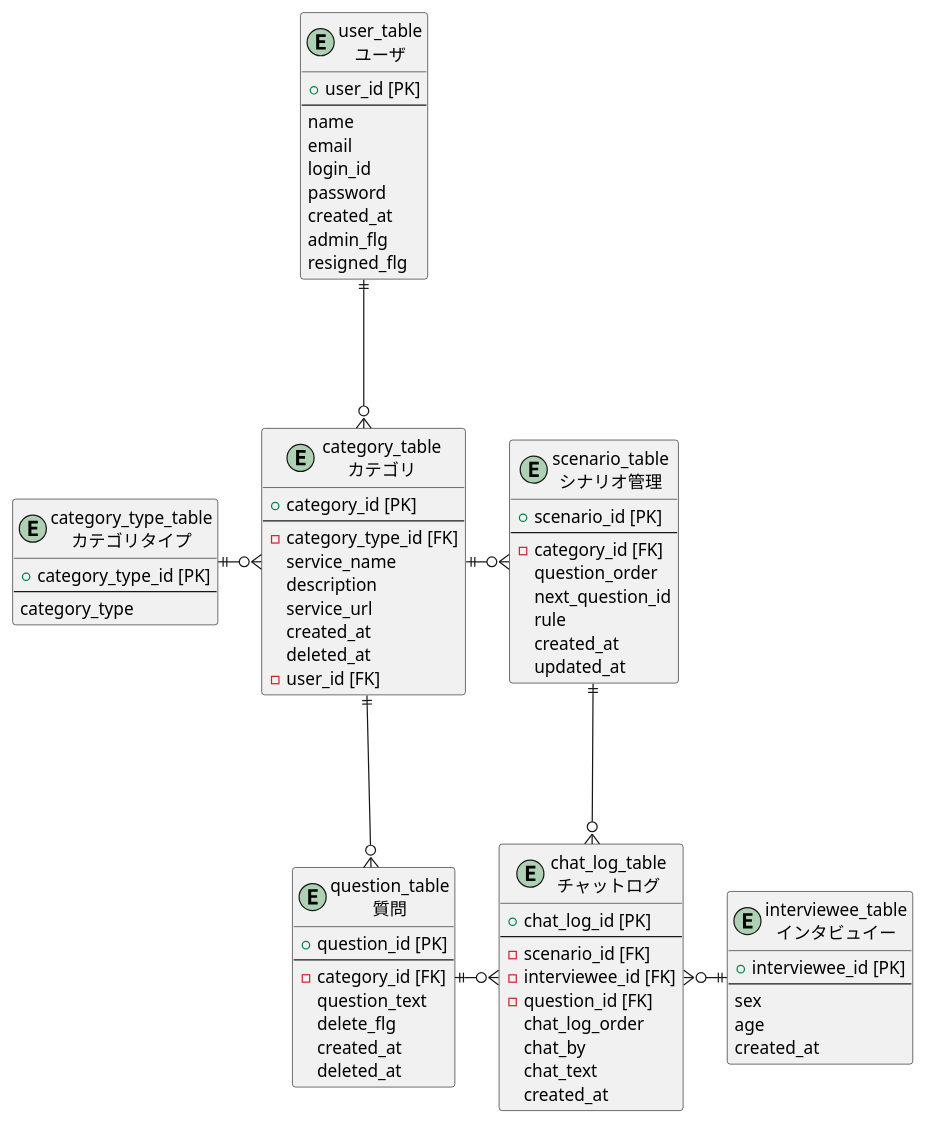
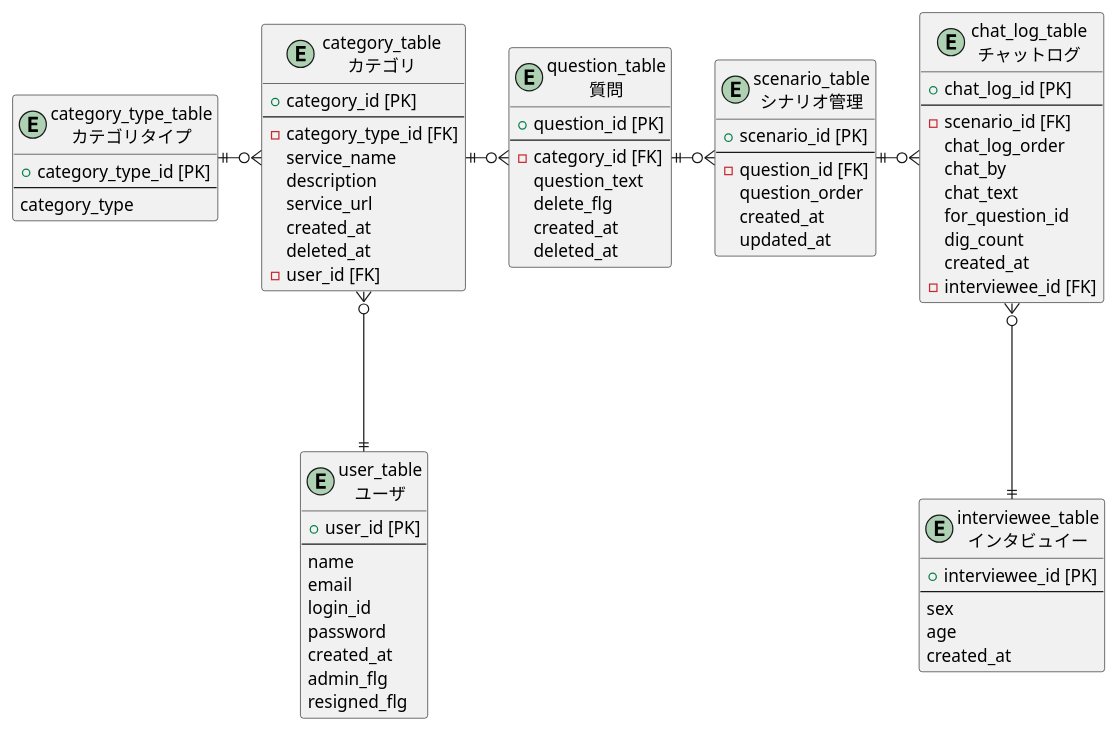
Before and after one commit to SuperMisoSoup/interviewtool_v1: the diagram in md/interviewtool_DB.pu, drawn with PlantUML. The commit also changed 8 other files, not shown here.

```diff
--- a/md/interviewtool_DB.pu
+++ b/md/interviewtool_DB.pu
@@ -1,81 +1,80 @@
 @startuml tables
 entity user_table as "user_table\nユーザ" {
   + user_id [PK]
   --
   name
   email
   login_id
   password
   created_at
   admin_flg
   resigned_flg
 }
 
 entity interviewee_table as "interviewee_table\nインタビュイー" {
   + interviewee_id [PK]
   --
   sex
   age
   created_at
 }
 
 entity category_table as "category_table\nカテゴリ" {
   + category_id [PK]
   --
   - category_type_id [FK]
   service_name
   description
   service_url
   created_at
   deleted_at
   - user_id [FK]
 }
 
 entity category_type_table as "category_type_table\nカテゴリタイプ" {
   + category_type_id [PK]
   --
   category_type
 }
 
 entity question_table as "question_table\n質問" {
   + question_id [PK]
   --
   - category_id [FK]
   question_text
   delete_flg
   created_at
   deleted_at
 }
 
 entity scenario_table as "scenario_table\nシナリオ管理" {
   + scenario_id [PK]
   --
-  - category_id [FK]
+  ' - category_id [FK]
+  - question_id [FK]
   question_order
-  next_question_id
-  rule
   created_at
   updated_at
 }
 
 entity chat_log_table as "chat_log_table\nチャットログ" {
   + chat_log_id [PK]
   --
   - scenario_id [FK]
-  - interviewee_id [FK]
-  - question_id [FK]
   chat_log_order
   chat_by
   chat_text
+  for_question_id
+  dig_count
   created_at
+  - interviewee_id [FK]
 }
 
-user_table ||-d--o{ category_table
+user_table ||-u--o{ category_table
 category_type_table ||-r--o{ category_table
-category_table ||-o{ scenario_table
-category_table ||-d--o{ question_table
-interviewee_table ||-l--o{ chat_log_table
-question_table ||-o{ chat_log_table
-scenario_table ||-d--o{ chat_log_table
+question_table ||-o{ scenario_table
+category_table ||-r--o{ question_table
+interviewee_table ||-u--o{ chat_log_table
+scenario_table ||-r--o{ chat_log_table
 
 @enduml
```
